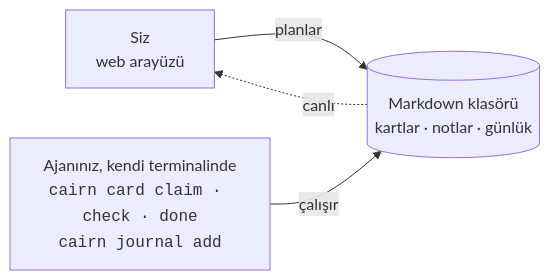
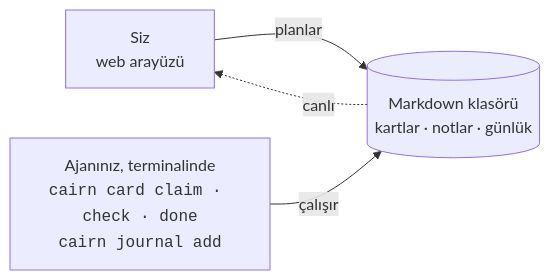
Before and after one commit to Zenginby/cairnboard: the diagram in README.tr.md, drawn with Mermaid.

Commit message:
docs: shorten Turkish diagram line

````diff
--- a/README.tr.md
+++ b/README.tr.md
@@ -41,9 +41,9 @@
 ```mermaid
 flowchart LR
     you["Siz<br/>web arayüzü"]
     data[("Markdown klasörü<br/>kartlar · notlar · günlük")]
-    agent["Ajanınız, kendi terminalinde<br/><code>cairn card claim · check · done</code><br/><code>cairn journal add</code>"]
+    agent["Ajanınız, terminalinde<br/><code>cairn card claim · check · done</code><br/><code>cairn journal add</code>"]
     you -->|planlar| data
     data -.->|canlı| you
     agent -->|çalışır| data
 ```
````
